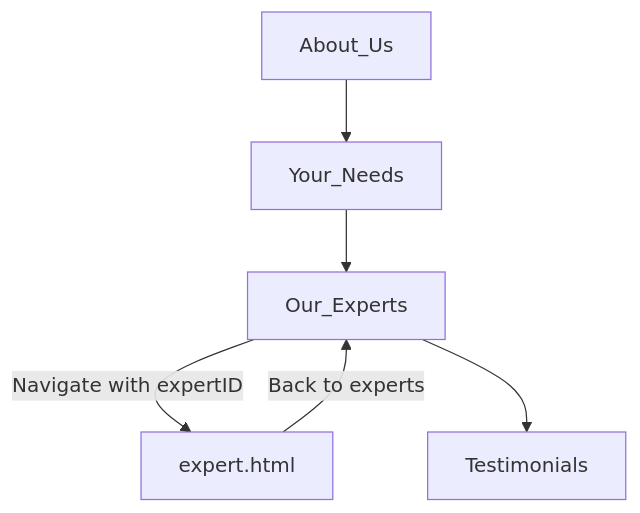
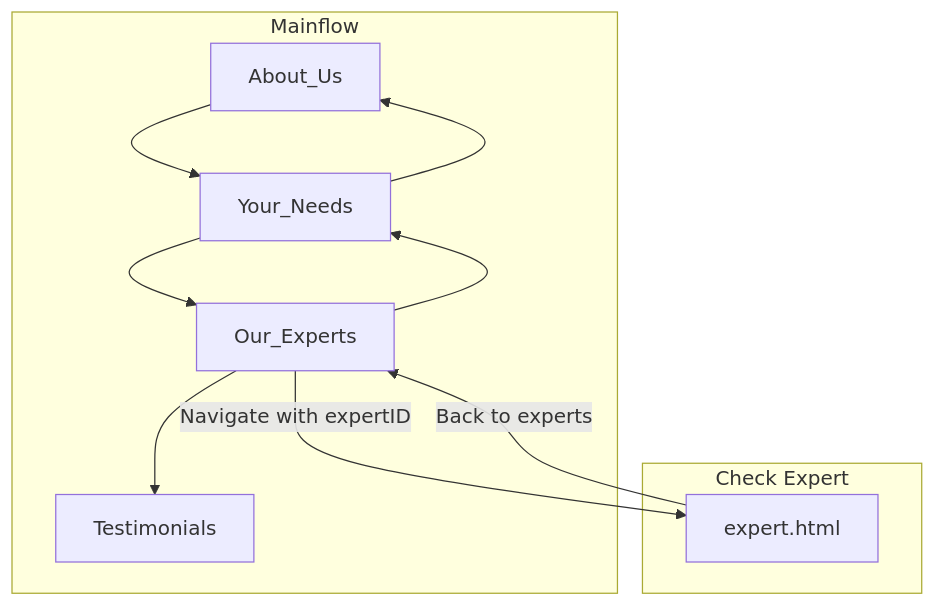
The diagram in learnings/markup.md (FAC29A/alex-portfolio), drawn with Mermaid before and after one commit. The commit also changed other lines of this file, not shown here.

````diff
--- a/learnings/markup.md
+++ b/learnings/markup.md
@@ -32,8 +32,15 @@
 ```mermaid
 graph TD;
-    About_Us-->Your_Needs;
-    Your_Needs-->Our_Experts;
-    Our_Experts-->|Navigate with expertID|expert.html;
-    Our_Experts-->Testimonials;
+
+    subgraph Mainflow
+        About_Us-->Your_Needs;
+        Your_Needs-->Our_Experts & About_Us;
+        Our_Experts-->Testimonials & Your_Needs;
+    end
+
+    subgraph Check Expert
+        Our_Experts-->|Navigate with expertID|expert.html;
+    end
+
     expert.html-->|Back to experts|Our_Experts;
 ```
````
